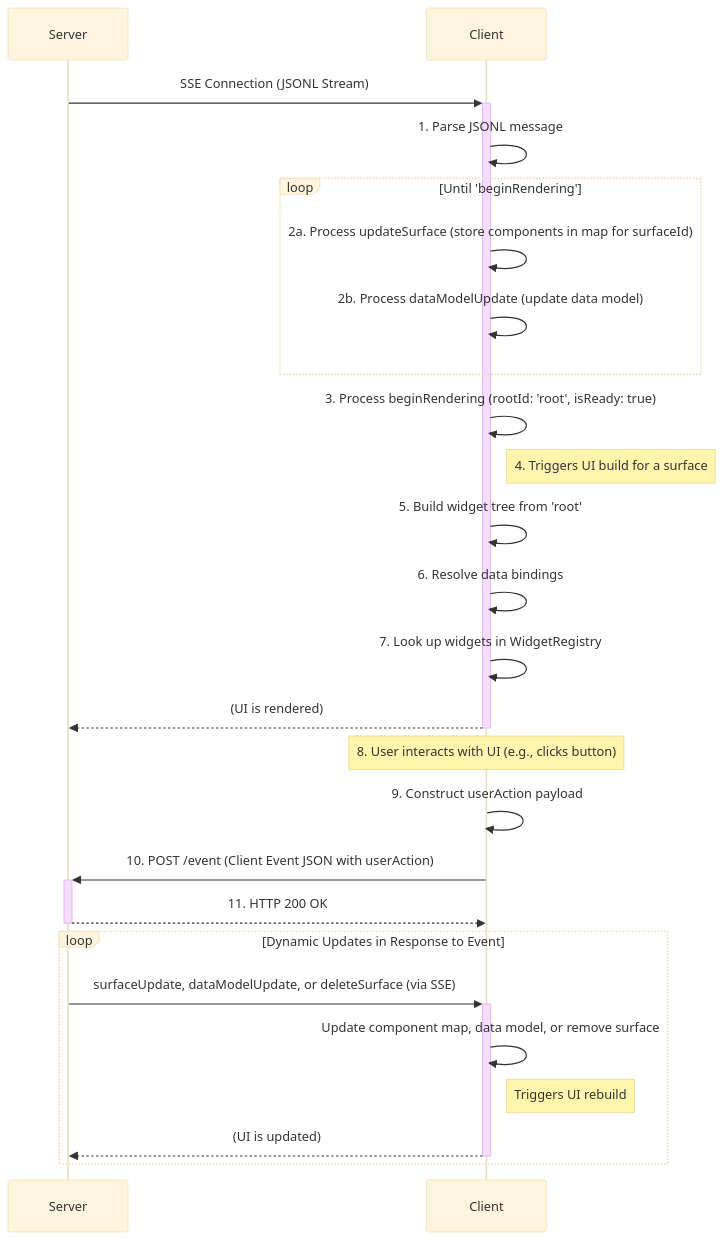
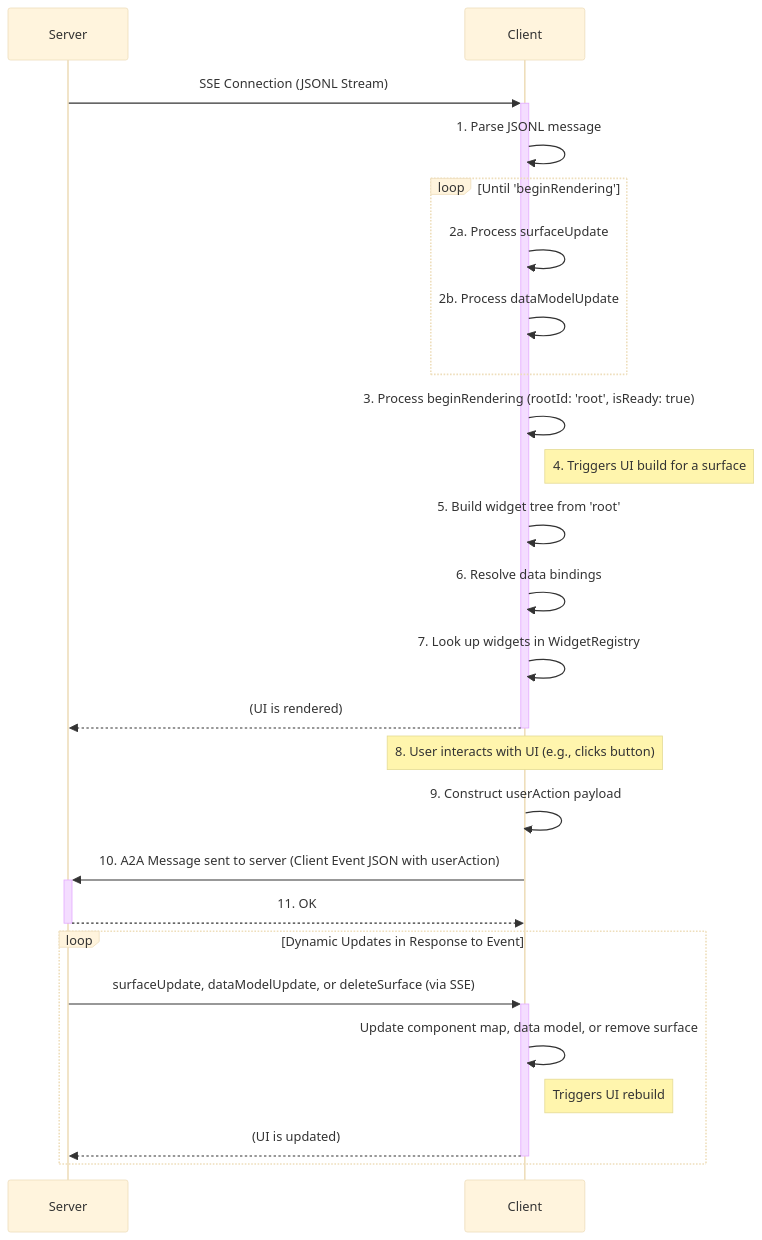
One commit to anup42/A2UI changed the first of 2 diagrams in docs/a2ui_protocol.md. Above: the diagram before and after it, drawn with Mermaid (base theme). The commit also changed other lines of this file and 9 other files, not shown here.

First line of the commit message:
docs: Update protocol docs and schema files (#27)

````diff
--- a/docs/a2ui_protocol.md
+++ b/docs/a2ui_protocol.md
@@ -106,30 +106,30 @@
 ```mermaid
 sequenceDiagram
     participant Server
     participant Client
 
     Server->>+Client: SSE Connection (JSONL Stream)
     Client->>Client: 1. Parse JSONL message
     loop Until 'beginRendering'
-        Client->>Client: 2a. Process updateSurface (store components in map for surfaceId)
-        Client->>Client: 2b. Process dataModelUpdate (update data model)
+        Client->>Client: 2a. Process surfaceUpdate
+        Client->>Client: 2b. Process dataModelUpdate
     end
     Client->>Client: 3. Process beginRendering (rootId: 'root', isReady: true)
     Note right of Client: 4. Triggers UI build for a surface
     Client->>Client: 5. Build widget tree from 'root'
     Client->>Client: 6. Resolve data bindings
     Client->>Client: 7. Look up widgets in WidgetRegistry
     Client-->>-Server: (UI is rendered)
 
     Note over Client: 8. User interacts with UI (e.g., clicks button)
     Client->>Client: 9. Construct userAction payload
-    Client->>+Server: 10. POST /event (Client Event JSON with userAction)
-    Server-->>-Client: 11. HTTP 200 OK
+    Client->>+Server: 10. A2A Message sent to server (Client Event JSON with userAction)
+    Server-->>-Client: 11. OK
 
     loop Dynamic Updates in Response to Event
         Server->>+Client: surfaceUpdate, dataModelUpdate, or deleteSurface (via SSE)
         Client->>Client: Update component map, data model, or remove surface
         Note right of Client: Triggers UI rebuild
         Client-->>-Server: (UI is updated)
     end
 ```
````
